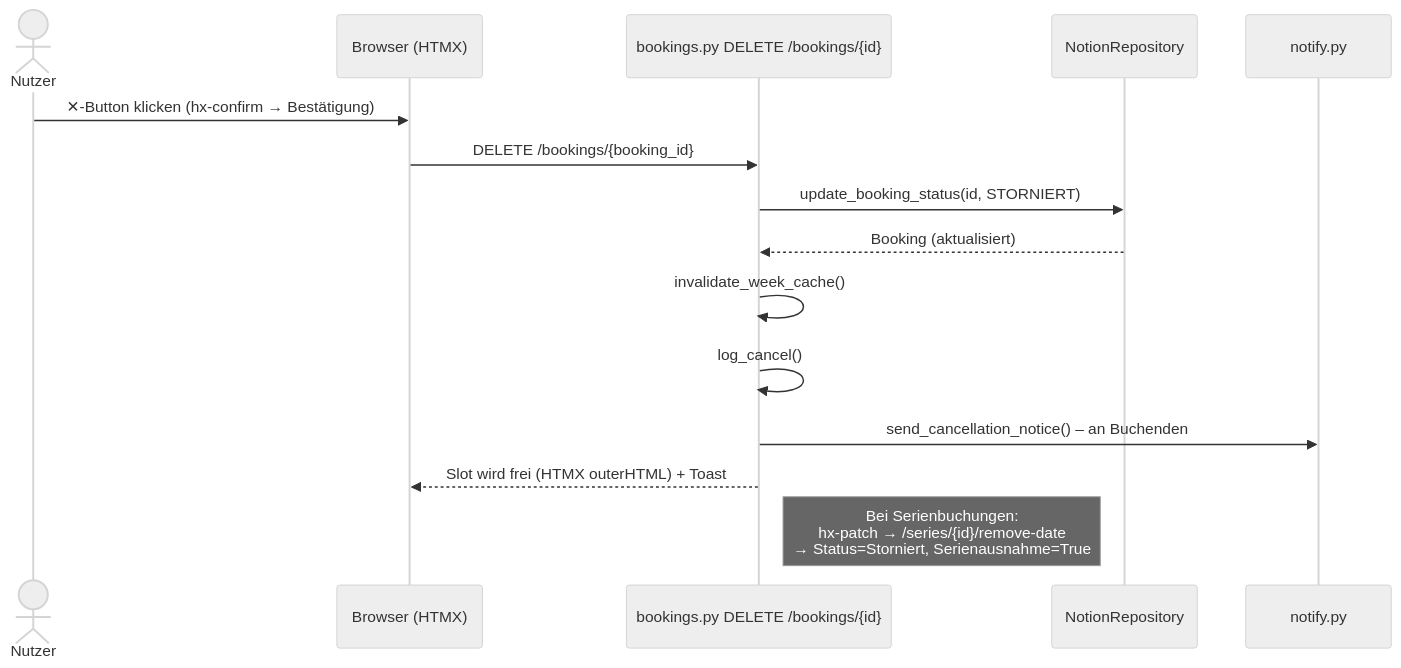
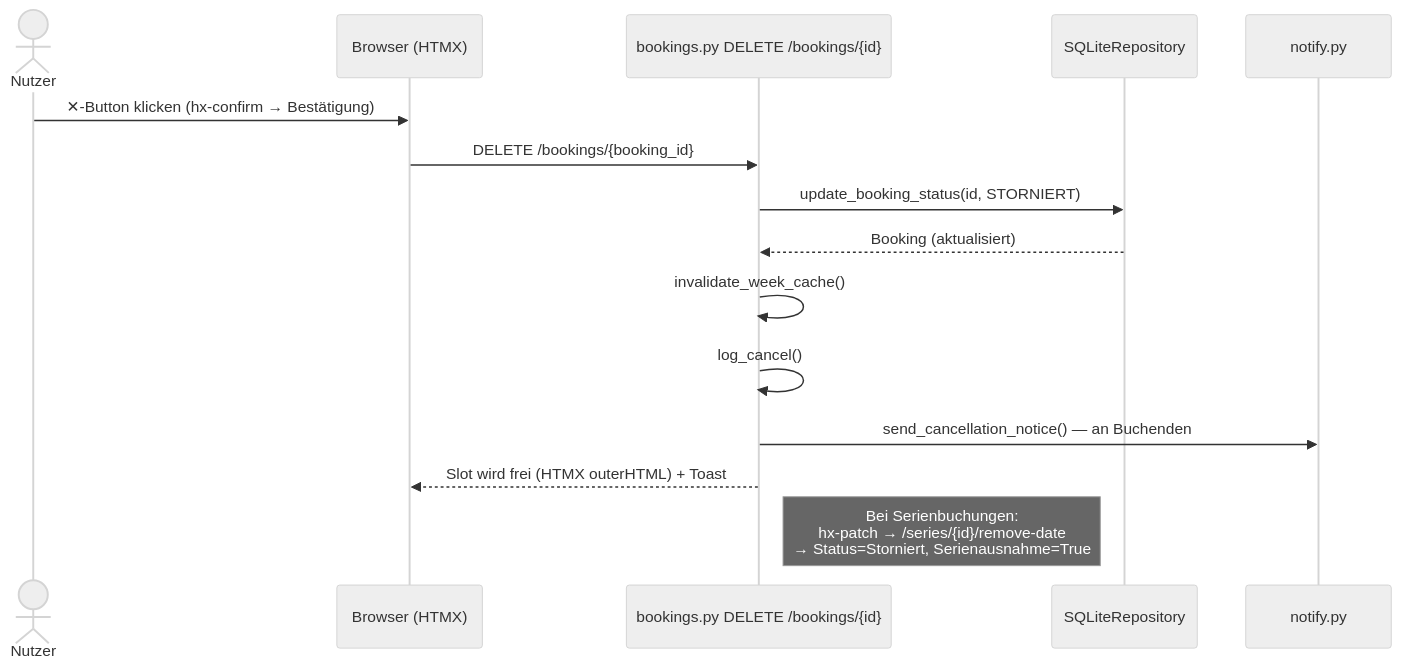
The sixth of 12 diagrams in docs/ARCHITEKTUR.md (MerowingerX/Sportplatz-Buchung), drawn with Mermaid (neutral theme) before and after one commit. The commit also changed other lines of this file and 12 other files, not shown here.

````diff
--- a/docs/ARCHITEKTUR.md
+++ b/docs/ARCHITEKTUR.md
@@ -437,19 +432,19 @@
 ```mermaid
 sequenceDiagram
     actor Nutzer
     participant B as Browser (HTMX)
     participant BK as bookings.py DELETE /bookings/{id}
-    participant NR as NotionRepository
+    participant REPO as SQLiteRepository
     participant MAIL as notify.py
 
     Nutzer->>B: ✕-Button klicken (hx-confirm → Bestätigung)
     B->>BK: DELETE /bookings/{booking_id}
-    BK->>NR: update_booking_status(id, STORNIERT)
-    NR-->>BK: Booking (aktualisiert)
+    BK->>REPO: update_booking_status(id, STORNIERT)
+    REPO-->>BK: Booking (aktualisiert)
     BK->>BK: invalidate_week_cache()
     BK->>BK: log_cancel()
-    BK->>MAIL: send_cancellation_notice() – an Buchenden
+    BK->>MAIL: send_cancellation_notice() — an Buchenden
     BK-->>B: Slot wird frei (HTMX outerHTML) + Toast
 
     Note right of BK: Bei Serienbuchungen:<br/>hx-patch → /series/{id}/remove-date<br/>→ Status=Storniert, Serienausnahme=True
 ```
````
